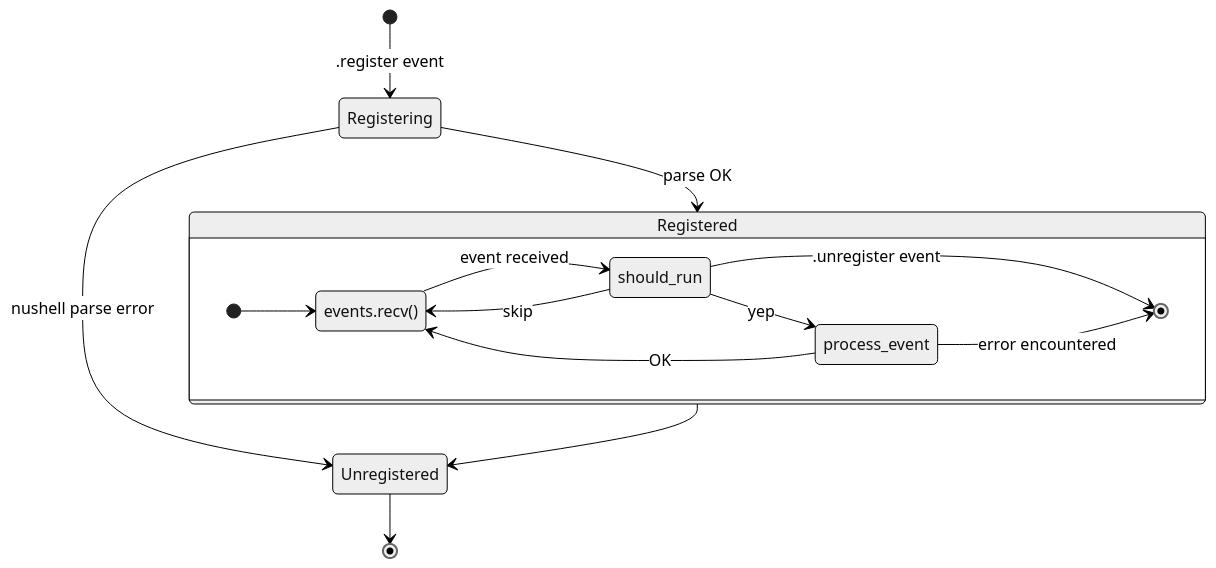
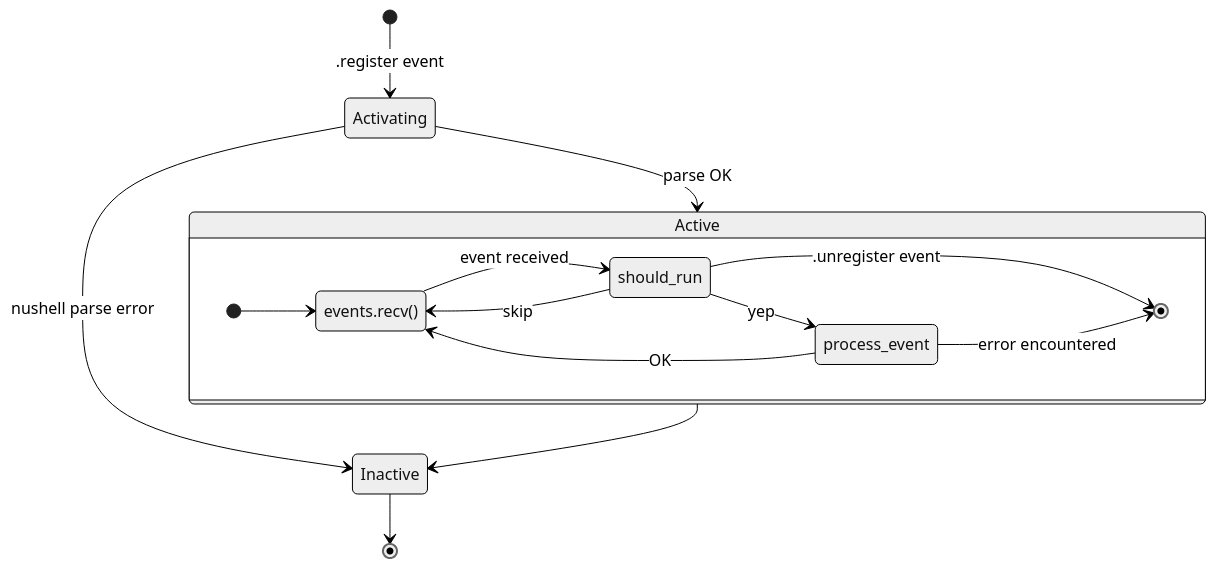
The diagram in docs/src/content/docs/reference/handlers.mdx (cablehead/xs), drawn with Mermaid (neutral theme) before and after one commit. The commit also changed other lines of this file and 5 other files, not shown here.

````diff
--- a/docs/src/content/docs/reference/handlers.mdx
+++ b/docs/src/content/docs/reference/handlers.mdx
@@ -168,22 +168,22 @@
 ```mermaid
 stateDiagram-v2
-    [*] --> Registering: .register event
-    Registering --> Unregistered: nushell parse error
-    Registering --> Registered : parse OK
-    Unregistered --> [*]
+    [*] --> Activating: .register event
+    Activating --> Inactive: nushell parse error
+    Activating --> Active : parse OK
+    Inactive --> [*]
 
-    state Registered {
+    state Active {
         direction LR
         [*] --> events.recv()
         events.recv() --> should_run: event received
 
         should_run --> events.recv(): skip
         should_run --> process_event: yep
         should_run --> [*]: .unregister event
 
         process_event --> [*]: error encountered
         process_event --> events.recv(): OK
     }
 
-    Registered --> Unregistered
+    Active --> Inactive
 ```
````
